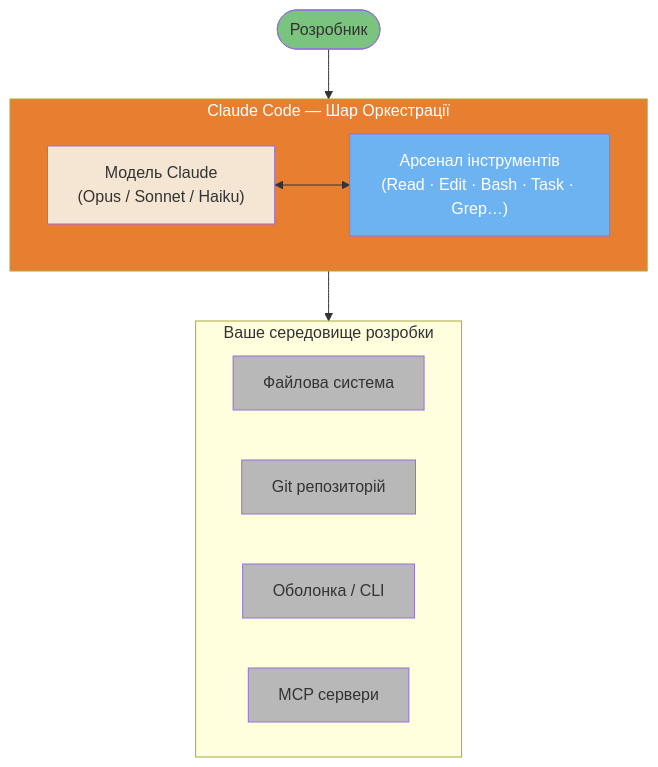
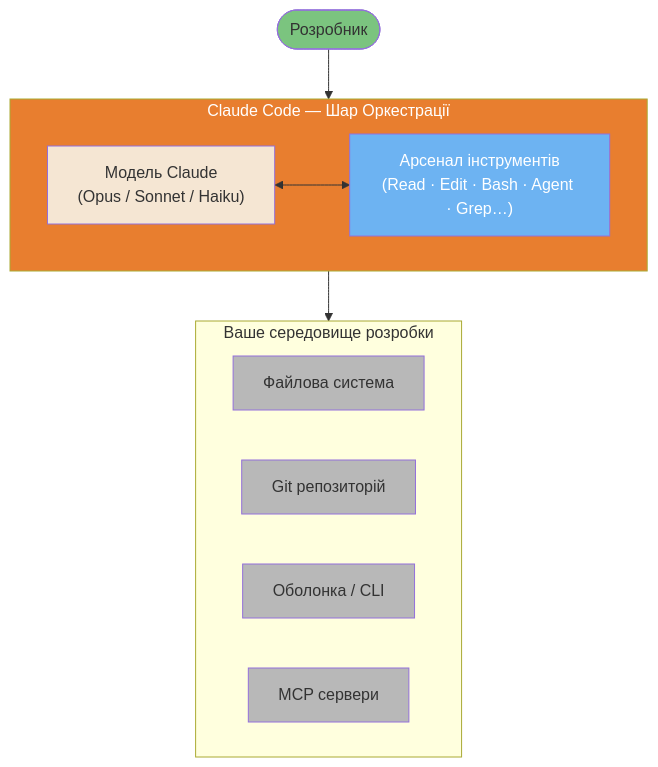
One commit to sermers-cyber/claude-code-ultimate-guide-ua changed the diagram in guide/core/architecture.uk.md. Above: the diagram before and after it, drawn with Mermaid. The commit also changed other lines of this file and 80 other files, not shown here.

````diff
--- a/guide/core/architecture.uk.md
+++ b/guide/core/architecture.uk.md
@@ -55,28 +67,28 @@
 ```mermaid
 flowchart TB
     DEV([Розробник]) --> CC
 
     subgraph CC["Claude Code — Шар Оркестрації"]
         CLAUDE["Модель Claude\n(Opus / Sonnet / Haiku)"]
-        TOOLS["Арсенал інструментів\n(Read · Edit · Bash · Task · Grep…)"]
+        TOOLS["Арсенал інструментів\n(Read · Edit · Bash · Agent · Grep…)"]
         CLAUDE <--> TOOLS
     end
 
     CC --> ENV
 
     subgraph ENV["Ваше середовище розробки"]
         FS[Файлова система]
         GIT[Git репозиторій]
         SHELL[Оболонка / CLI]
         MCP[MCP сервери]
     end
 
     style CC fill:#E87E2F,color:#fff
     style CLAUDE fill:#F5E6D3,color:#333
     style TOOLS fill:#6DB3F2,color:#fff
     style DEV fill:#7BC47F,color:#333
     style FS fill:#B8B8B8,color:#333
     style GIT fill:#B8B8B8,color:#333
     style SHELL fill:#B8B8B8,color:#333
     style MCP fill:#B8B8B8,color:#333
 ```
````
